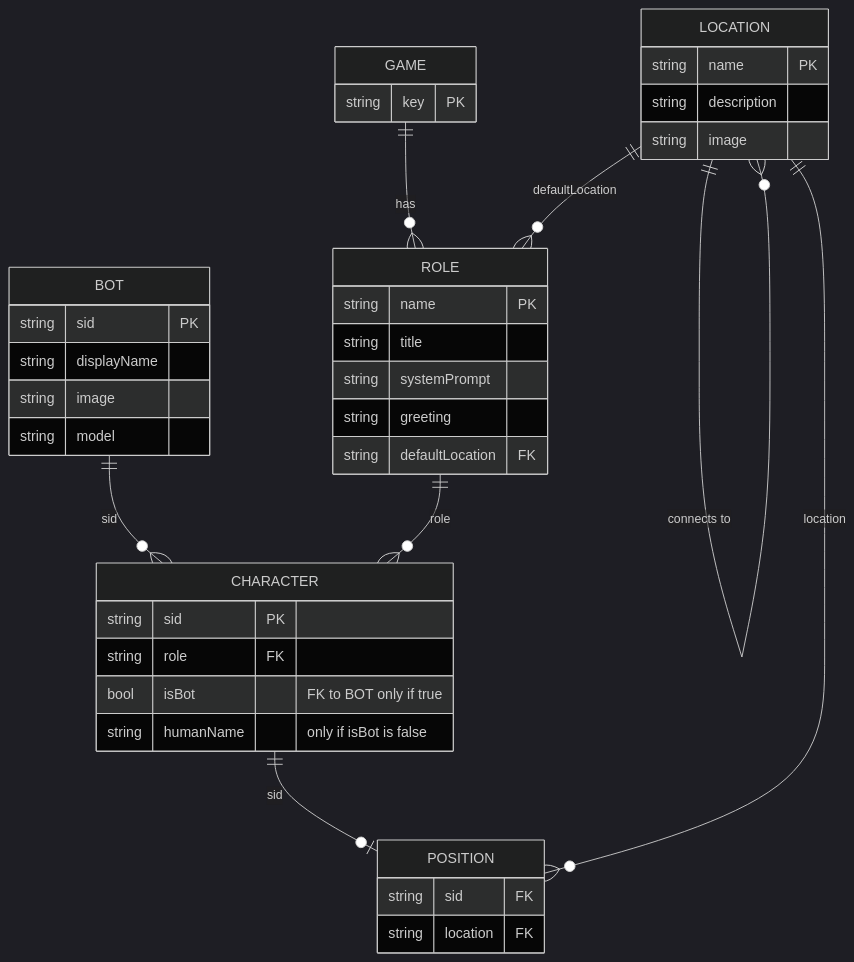
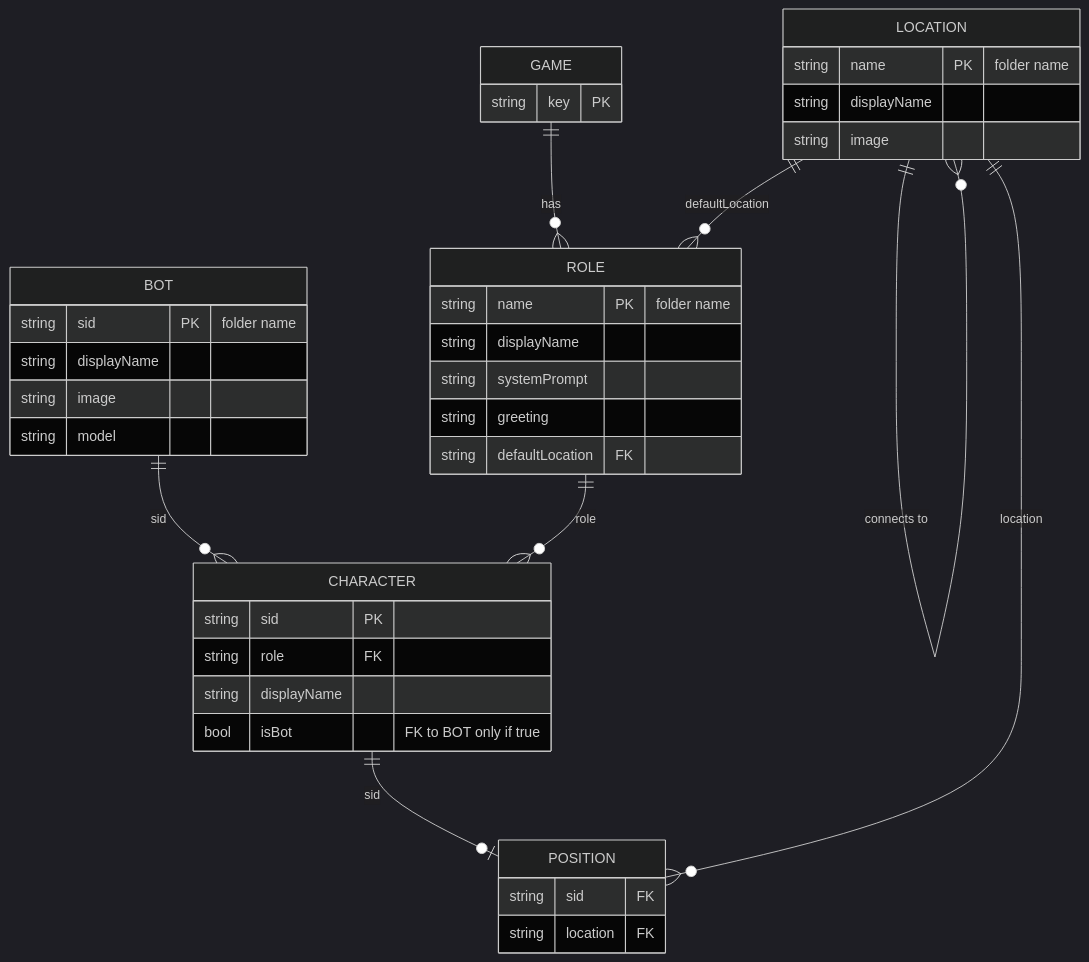
The diagram in python-server/dynamic_functions/Home/GAME.md (ProjectAtlantis-dev/atlantis-mcp-server), drawn with Mermaid (dark theme) before and after one commit.

````diff
--- a/python-server/dynamic_functions/Home/GAME.md
+++ b/python-server/dynamic_functions/Home/GAME.md
@@ -3,42 +3,42 @@
 ```mermaid
 erDiagram
     BOT {
-        string sid PK
+        string sid PK "folder name"
         string displayName
         string image
         string model
     }
     LOCATION {
-        string name PK
-        string description
+        string name PK "folder name"
+        string displayName
         string image
     }
     GAME {
         string key PK
     }
     ROLE {
-        string name PK
-        string title
+        string name PK "folder name"
+        string displayName
         string systemPrompt
         string greeting
         string defaultLocation FK
     }
     CHARACTER {
         string sid PK
         string role FK
+        string displayName
         bool isBot "FK to BOT only if true"
-        string humanName "only if isBot is false"
     }
     POSITION {
         string sid FK
         string location FK
     }
 
     LOCATION ||--o{ LOCATION : "connects to"
     GAME ||--o{ ROLE : has
     BOT ||--o{ CHARACTER : sid
     LOCATION ||--o{ ROLE : defaultLocation
     ROLE ||--o{ CHARACTER : role
     CHARACTER ||--o| POSITION : sid
     LOCATION ||--o{ POSITION : location
 ```
````
